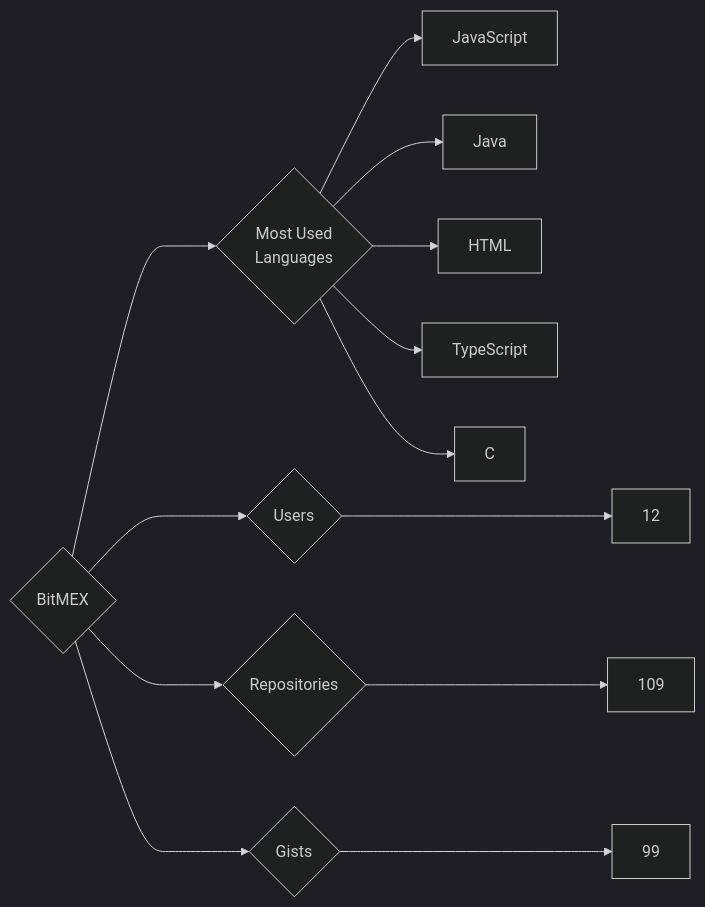
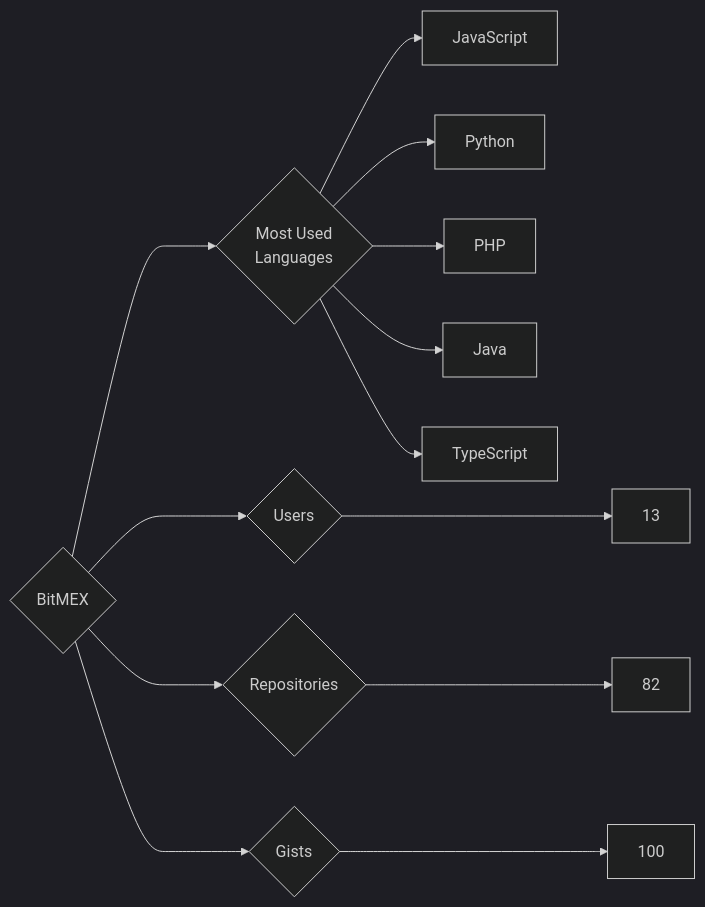
The diagram in targets/BitMEX/README.md (trickest/insiders), drawn with Mermaid (dark theme) before and after one commit. The commit also changed 1123 other files, not shown here.

````diff
--- a/targets/BitMEX/README.md
+++ b/targets/BitMEX/README.md
@@ -3,13 +3,13 @@
 ```mermaid
 graph LR
 COMPANY_NAME{BitMEX}
-COMPANY_NAME ---> U{Users} ---> UN[12]
-COMPANY_NAME ---> R{Repositories} ---> RN[109]
-COMPANY_NAME ---> G{Gists} ---> GN[99]
+COMPANY_NAME ---> U{Users} ---> UN[13]
+COMPANY_NAME ---> R{Repositories} ---> RN[82]
+COMPANY_NAME ---> G{Gists} ---> GN[100]
 COMPANY_NAME ---> ML{Most Used<br>Languages}
 ML --> JavaScript[JavaScript]
+ML --> Python[Python]
+ML --> PHP[PHP]
 ML --> Java[Java]
-ML --> HTML[HTML]
 ML --> TypeScript[TypeScript]
-ML --> C[C]
 ```
````
